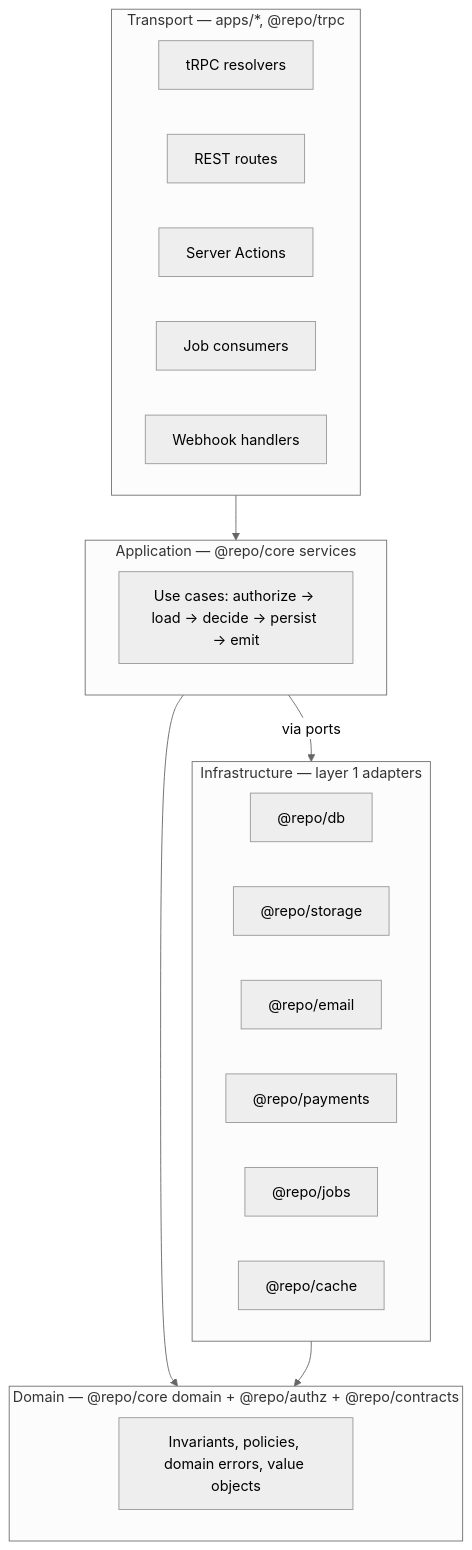
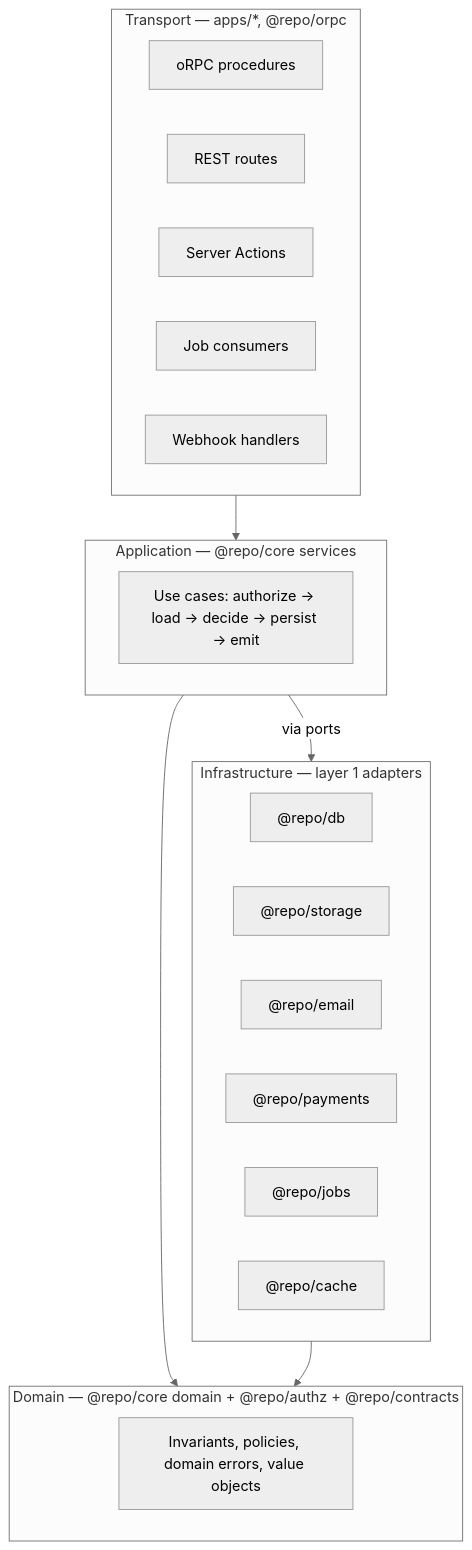
Before and after one commit to jleveneur/nextjs-boilerplate: the first of 3 diagrams in docs/architecture/05-runtime-and-api.md, drawn with Mermaid (neutral theme). The commit also changed other lines of this file and 71 other files, not shown here.

First line of the commit message:
feat(orpc): replace trpc with orpc 1.15 for the private api (#93)

````diff
--- a/docs/architecture/05-runtime-and-api.md
+++ b/docs/architecture/05-runtime-and-api.md
@@ -18,33 +18,33 @@
 ```mermaid
 flowchart TB
-    subgraph transport["Transport — apps/*, @repo/trpc"]
+    subgraph transport["Transport — apps/*, @repo/orpc"]
         direction LR
-        T1["tRPC resolvers"]
+        T1["oRPC procedures"]
         T2["REST routes"]
         T3["Server Actions"]
         T4["Job consumers"]
         T5["Webhook handlers"]
     end
 
     subgraph application["Application — @repo/core services"]
         A1["Use cases: authorize → load → decide → persist → emit"]
     end
 
     subgraph domain["Domain — @repo/core domain + @repo/authz + @repo/contracts"]
         D1["Invariants, policies, domain errors, value objects"]
     end
 
     subgraph infra["Infrastructure — layer 1 adapters"]
         I1["@repo/db"]
         I2["@repo/storage"]
         I3["@repo/email"]
         I4["@repo/payments"]
         I5["@repo/jobs"]
         I6["@repo/cache"]
     end
 
     transport --> application
     application --> domain
     application -->|"via ports"| infra
     infra --> domain
 ```
````
